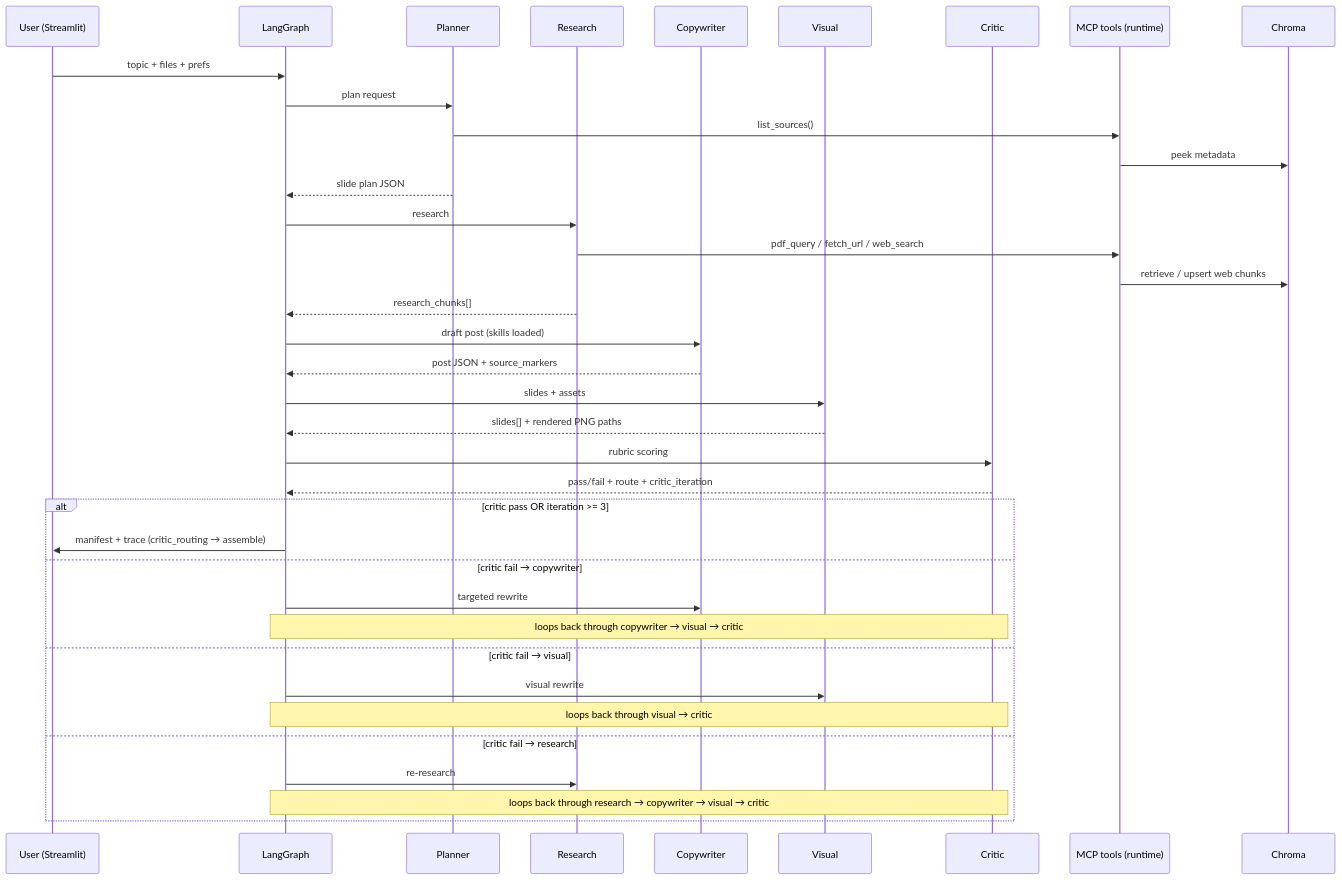
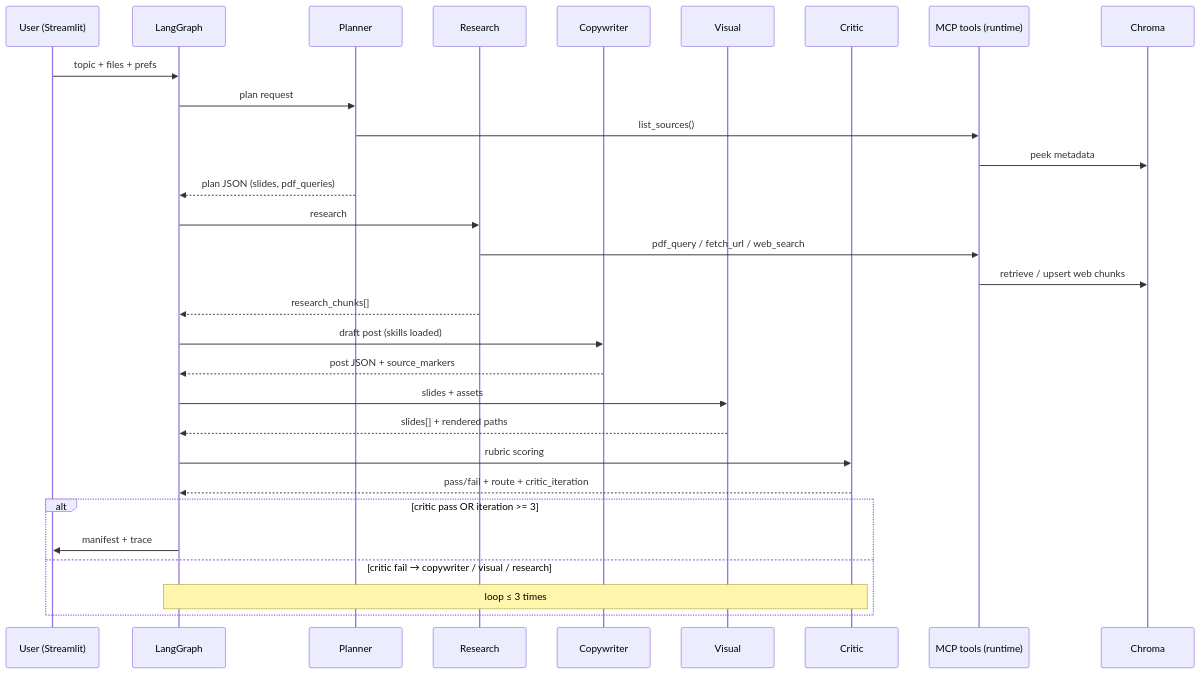
The third of 3 diagrams in ARCHITECTURE.md (mukeshbarnwal/agentic_social_media_post_studio), drawn with Mermaid before and after one commit. The commit also changed other lines of this file and 1 other file, not shown here.

First line of the commit message:
Docs: expand README and ARCHITECTURE for agents and observability.

````diff
--- a/ARCHITECTURE.md
+++ b/ARCHITECTURE.md
@@ -5,45 +35,38 @@
 ```mermaid
 sequenceDiagram
   participant U as User (Streamlit)
   participant G as LangGraph
   participant P as Planner
   participant R as Research
   participant C as Copywriter
   participant V as Visual
   participant Q as Critic
   participant M as MCP tools (runtime)
   participant DB as Chroma
 
   U->>G: topic + files + prefs
   G->>P: plan request
   P->>M: list_sources()
   M->>DB: peek metadata
-  P-->>G: slide plan JSON
+  P-->>G: plan JSON (slides, pdf_queries)
 
   G->>R: research
   R->>M: pdf_query / fetch_url / web_search
   M->>DB: retrieve / upsert web chunks
   R-->>G: research_chunks[]
 
   G->>C: draft post (skills loaded)
   C-->>G: post JSON + source_markers
 
   G->>V: slides + assets
-  V-->>G: slides[] + rendered PNG paths
+  V-->>G: slides[] + rendered paths
 
   G->>Q: rubric scoring
   Q-->>G: pass/fail + route + critic_iteration
 
   alt critic pass OR iteration >= 3
-    G->>U: manifest + trace (critic_routing → assemble)
-  else critic fail → copywriter
-    G->>C: targeted rewrite
-    Note over G,Q: loops back through copywriter → visual → critic
-  else critic fail → visual
-    G->>V: visual rewrite
-    Note over G,Q: loops back through visual → critic
-  else critic fail → research
-    G->>R: re-research
-    Note over G,Q: loops back through research → copywriter → visual → critic
+    G->>U: manifest + trace
+  else critic fail → copywriter / visual / research
+    Note over G,Q: loop ≤ 3 times
   end
 ```
````
